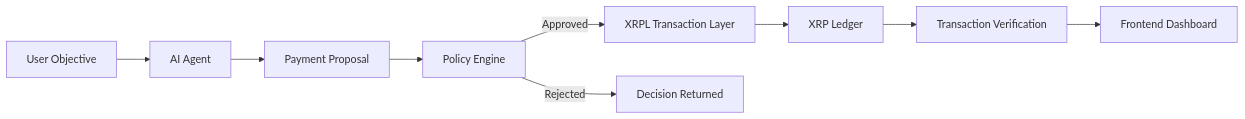
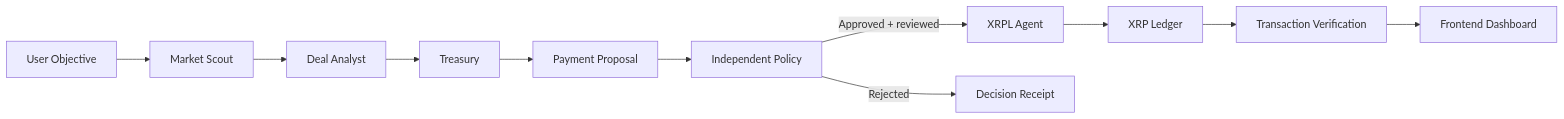
Before and after one commit to itsjustmdawg/SingHacks2026_Ripple_Purchase_Larp: the diagram in README.md, drawn with Mermaid. The commit also changed other lines of this file and 18 other files, not shown here.

````diff
--- a/README.md
+++ b/README.md
@@ -28,11 +26,13 @@
 ```mermaid
 flowchart LR
-    U[User Objective] --> A[AI Agent]
-    A --> P[Payment Proposal]
-    P --> R[Policy Engine]
-    R -->|Approved| X[XRPL Transaction Layer]
-    R -->|Rejected| D[Decision Returned]
+    U[User Objective] --> S[Market Scout]
+    S --> A[Deal Analyst]
+    A --> T[Treasury]
+    T --> P[Payment Proposal]
+    P --> R[Independent Policy]
+    R -->|Approved + reviewed| X[XRPL Agent]
+    R -->|Rejected| D[Decision Receipt]
     X --> L[XRP Ledger]
     L --> V[Transaction Verification]
     V --> UI[Frontend Dashboard]
 ```
````
